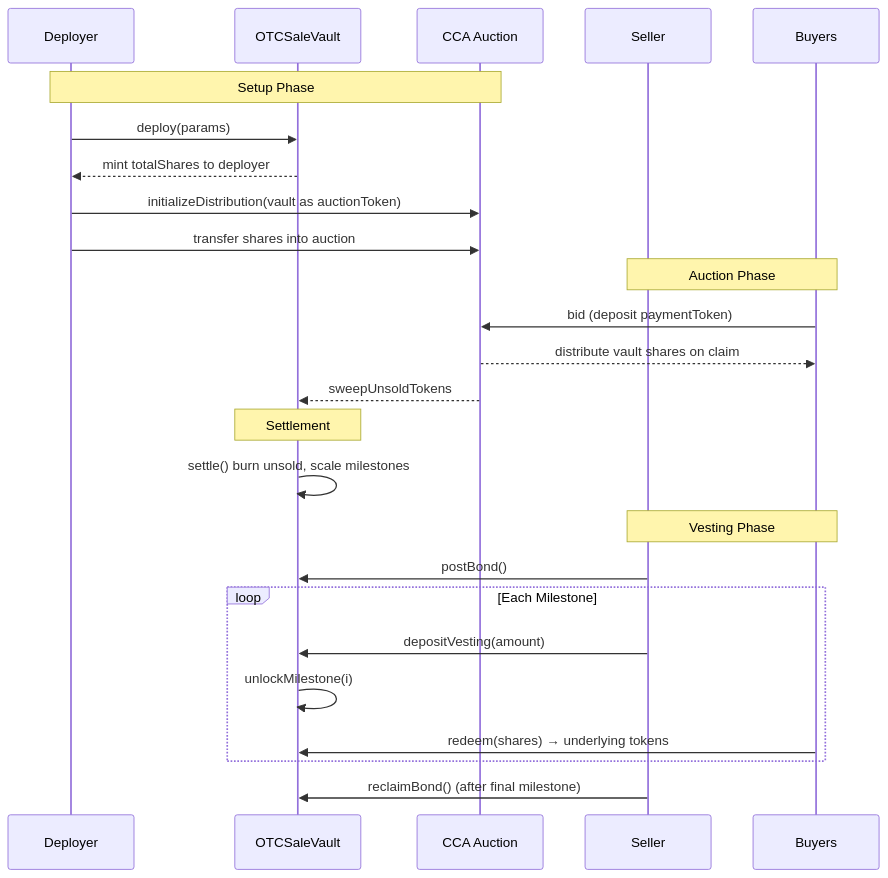
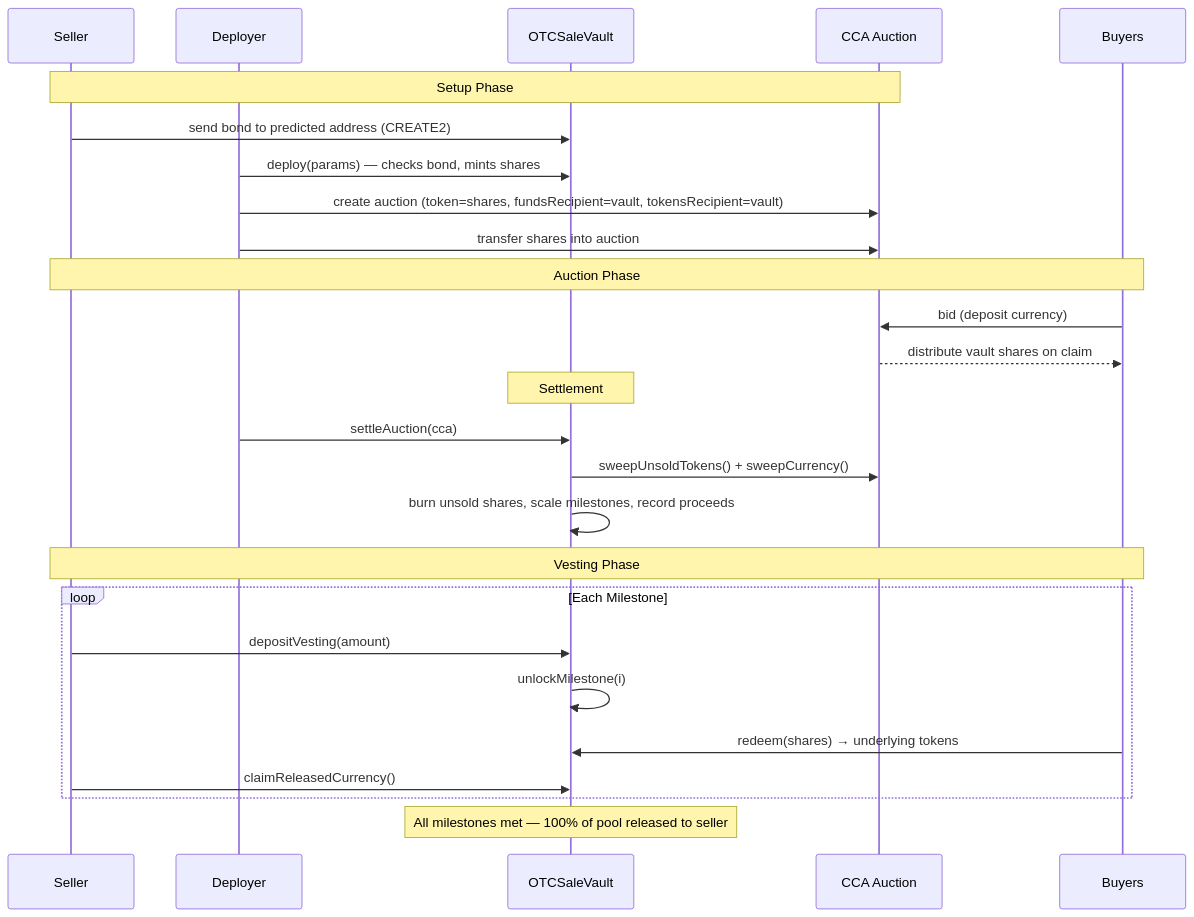
The first of 2 diagrams in README.md (zhongeric/cca-otc), drawn with Mermaid before and after one commit. The commit also changed other lines of this file and 5 other files, not shown here.

First line of the commit message:
feat: escrow auction proceeds in vault with milestone-based release

````diff
--- a/README.md
+++ b/README.md
@@ -22,31 +23,33 @@
 ```mermaid
 sequenceDiagram
+    participant Seller
     participant Deployer
     participant Vault as OTCSaleVault
     participant CCA as CCA Auction
-    participant Seller
     participant Buyers
 
-    Note over Deployer,CCA: Setup Phase
-    Deployer->>Vault: deploy(params)
-    Vault-->>Deployer: mint totalShares to deployer
-    Deployer->>CCA: initializeDistribution(vault as auctionToken)
+    Note over Seller,CCA: Setup Phase
+    Seller->>Vault: send bond to predicted address (CREATE2)
+    Deployer->>Vault: deploy(params) — checks bond, mints shares
+    Deployer->>CCA: create auction (token=shares, fundsRecipient=vault, tokensRecipient=vault)
     Deployer->>CCA: transfer shares into auction
 
     Note over Seller,Buyers: Auction Phase
-    Buyers->>CCA: bid (deposit paymentToken)
+    Buyers->>CCA: bid (deposit currency)
     CCA-->>Buyers: distribute vault shares on claim
-    CCA-->>Vault: sweepUnsoldTokens
 
     Note over Vault: Settlement
-    Vault->>Vault: settle() burn unsold, scale milestones
+    Deployer->>Vault: settleAuction(cca)
+    Vault->>CCA: sweepUnsoldTokens() + sweepCurrency()
+    Vault->>Vault: burn unsold shares, scale milestones, record proceeds
 
     Note over Seller,Buyers: Vesting Phase
-    Seller->>Vault: postBond()
     loop Each Milestone
         Seller->>Vault: depositVesting(amount)
         Vault->>Vault: unlockMilestone(i)
         Buyers->>Vault: redeem(shares) → underlying tokens
+        Seller->>Vault: claimReleasedCurrency()
     end
-    Seller->>Vault: reclaimBond() (after final milestone)
+
+    Note over Vault: All milestones met — 100% of pool released to seller
 ```
````
